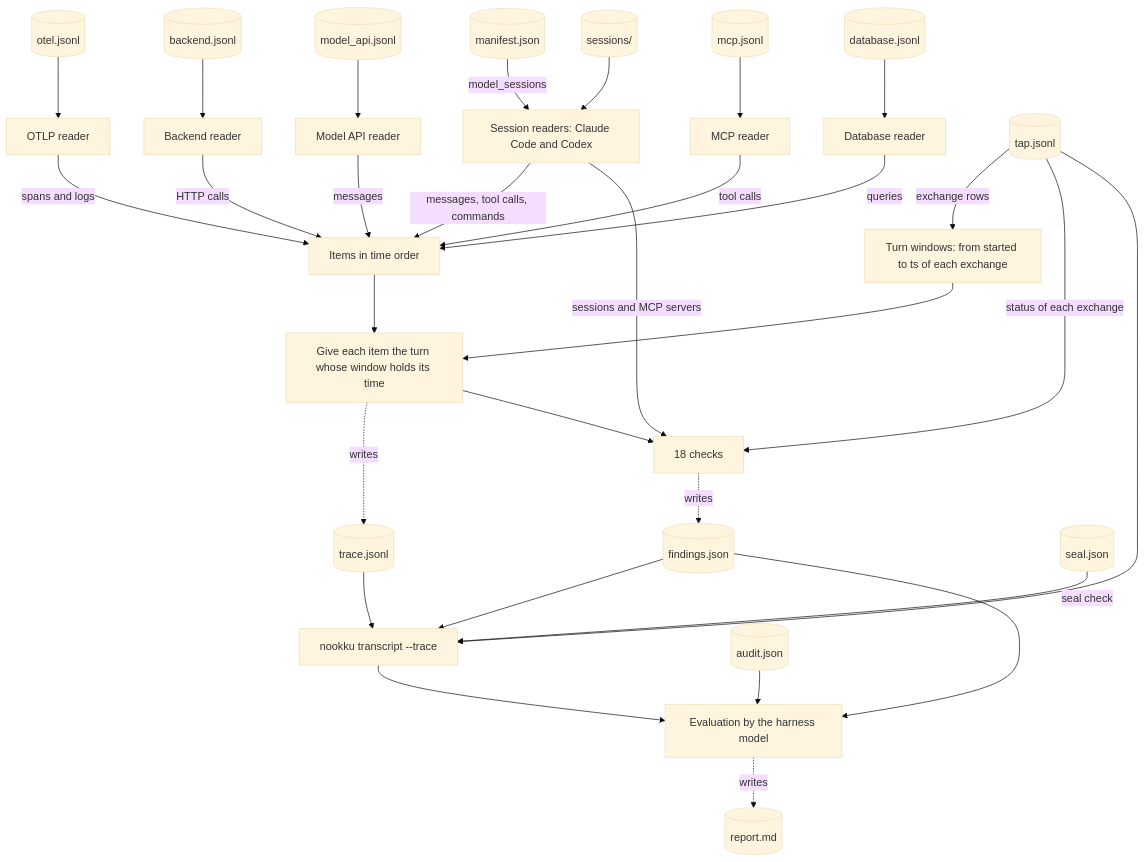
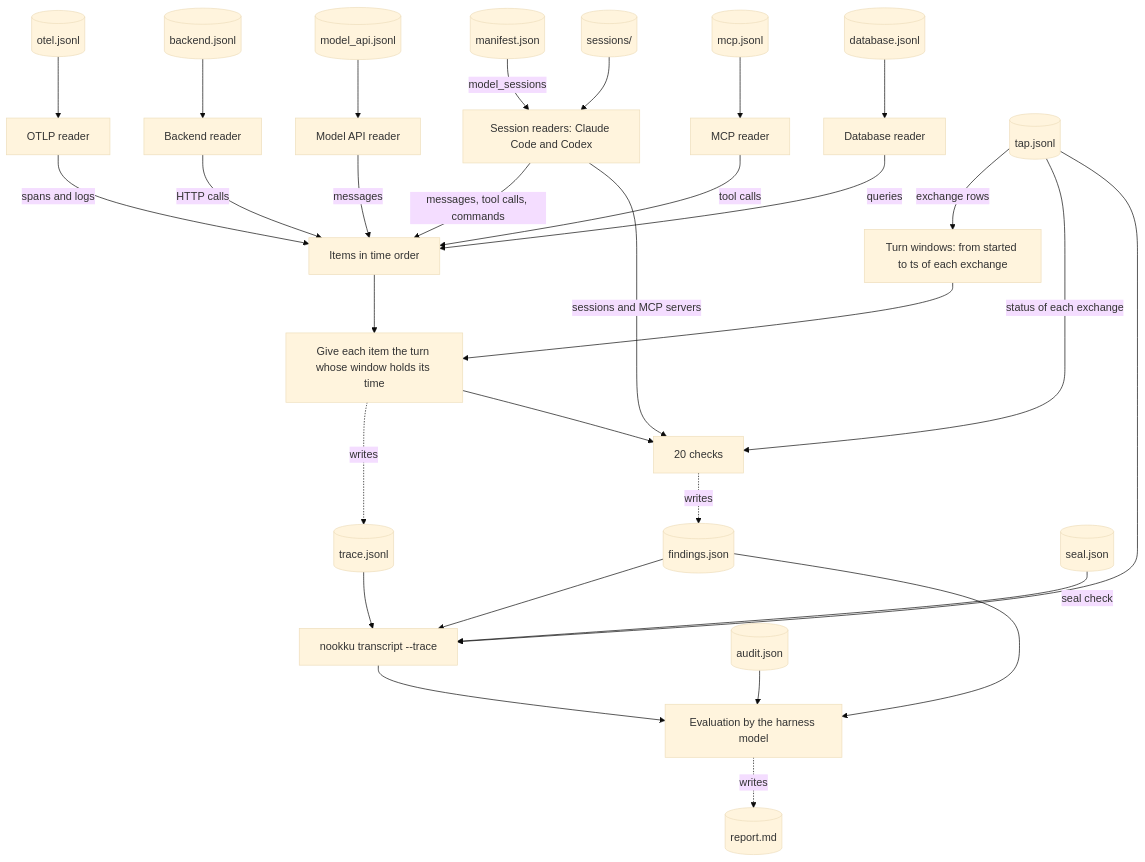
Before and after one commit to mohanraj00/nookku: the fourth of 4 diagrams in docs/architecture.md, drawn with Mermaid (base theme). The commit also changed other lines of this file and 82 other files, not shown here.

````diff
--- a/docs/architecture.md
+++ b/docs/architecture.md
@@ -213,32 +213,32 @@
 ```mermaid
 flowchart TB
     manifestrec[(manifest.json)] -->|model_sessions| sreaders[Session readers: Claude Code and Codex]
     sessions[(sessions/)] --> sreaders
     otelrec[(otel.jsonl)] --> oreader[OTLP reader]
     backendrec[(backend.jsonl)] --> breader[Backend reader]
     modelrec[(model_api.jsonl)] --> mreader[Model API reader]
     mcprec[(mcp.jsonl)] --> mcpreader[MCP reader]
     dbrec[(database.jsonl)] --> dbreader[Database reader]
     sreaders -->|messages, tool calls, commands| items[Items in time order]
     oreader -->|spans and logs| items
     breader -->|HTTP calls| items
     mreader -->|messages| items
     mcpreader -->|tool calls| items
     dbreader -->|queries| items
     taprec[(tap.jsonl)] -->|exchange rows| windows[Turn windows: from started to ts of each exchange]
     items --> assign[Give each item the turn whose window holds its time]
     windows --> assign
     assign -.->|writes| tracerec[(trace.jsonl)]
-    assign --> checks[18 checks]
+    assign --> checks[20 checks]
     sreaders -->|sessions and MCP servers| checks
     taprec -->|status of each exchange| checks
     checks -.->|writes| findingsrec[(findings.json)]
     taprec --> transcript[nookku transcript --trace]
     tracerec --> transcript
     findingsrec --> transcript
     sealrec[(seal.json)] -->|seal check| transcript
     transcript --> eval[Evaluation by the harness model]
     findingsrec --> eval
     auditrec[(audit.json)] --> eval
     eval -.->|writes| report[(report.md)]
 ```
````
